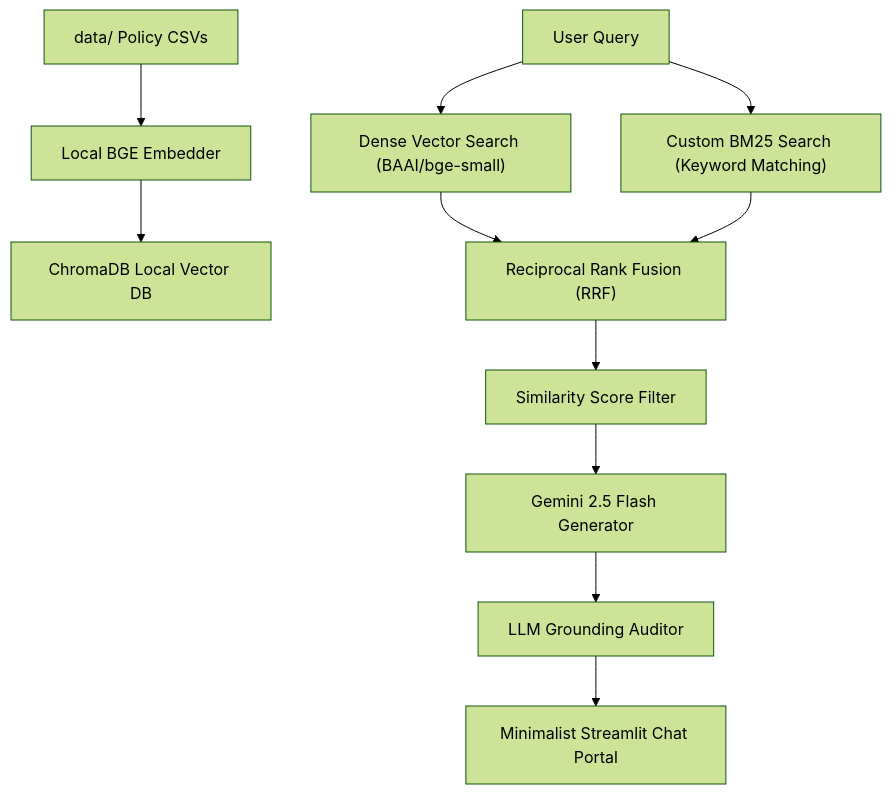
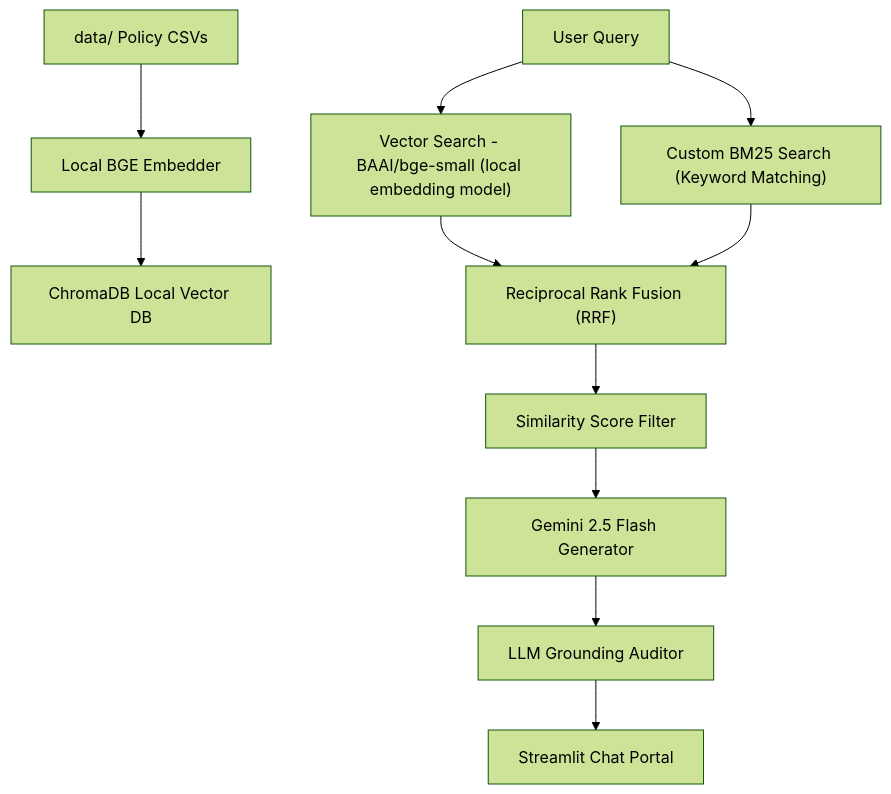
Before and after one commit to Y3ee/Governance_RAG: the diagram in README.md, drawn with Mermaid (forest theme). The commit also changed other lines of this file and 1 other file, not shown here.

Commit message:
checking data

````diff
--- a/README.md
+++ b/README.md
@@ -12,17 +12,17 @@
 ```mermaid
 graph TD
     Ingest[data/ Policy CSVs] --> LocalEmbed[Local BGE Embedder]
     LocalEmbed --> Chroma[ChromaDB Local Vector DB]
     
-    UserQuery[User Query] --> Dense["Dense Vector Search (BAAI/bge-small)"]
+    UserQuery[User Query] --> Dense["Vector Search - BAAI/bge-small (local embedding model)"]
     UserQuery --> Sparse["Custom BM25 Search (Keyword Matching)"]
     
     Dense --> RRF["Reciprocal Rank Fusion (RRF)"]
     Sparse --> RRF
     
     RRF --> Filter[Similarity Score Filter]
     Filter --> LLM["Gemini 2.5 Flash Generator"]
     
     LLM --> Guardrail[LLM Grounding Auditor]
-    Guardrail --> UI[Minimalist Streamlit Chat Portal]
+    Guardrail --> UI[Streamlit Chat Portal]
 ```
````
